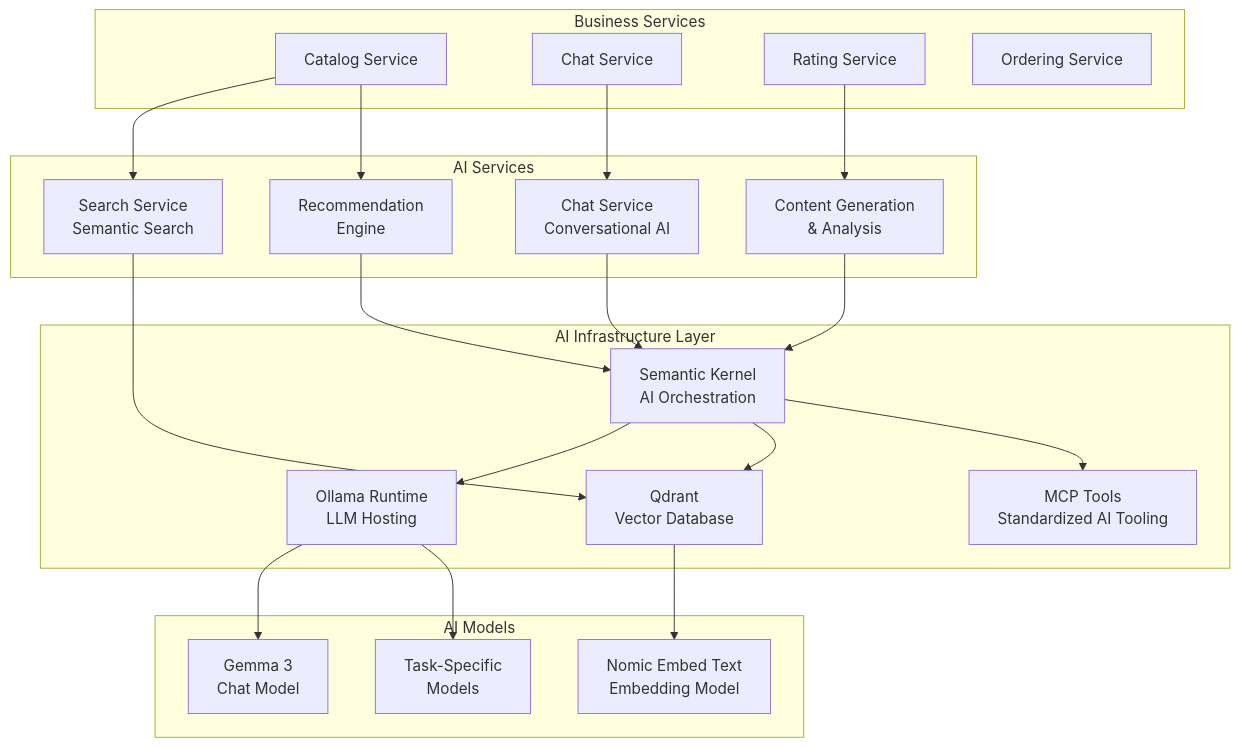
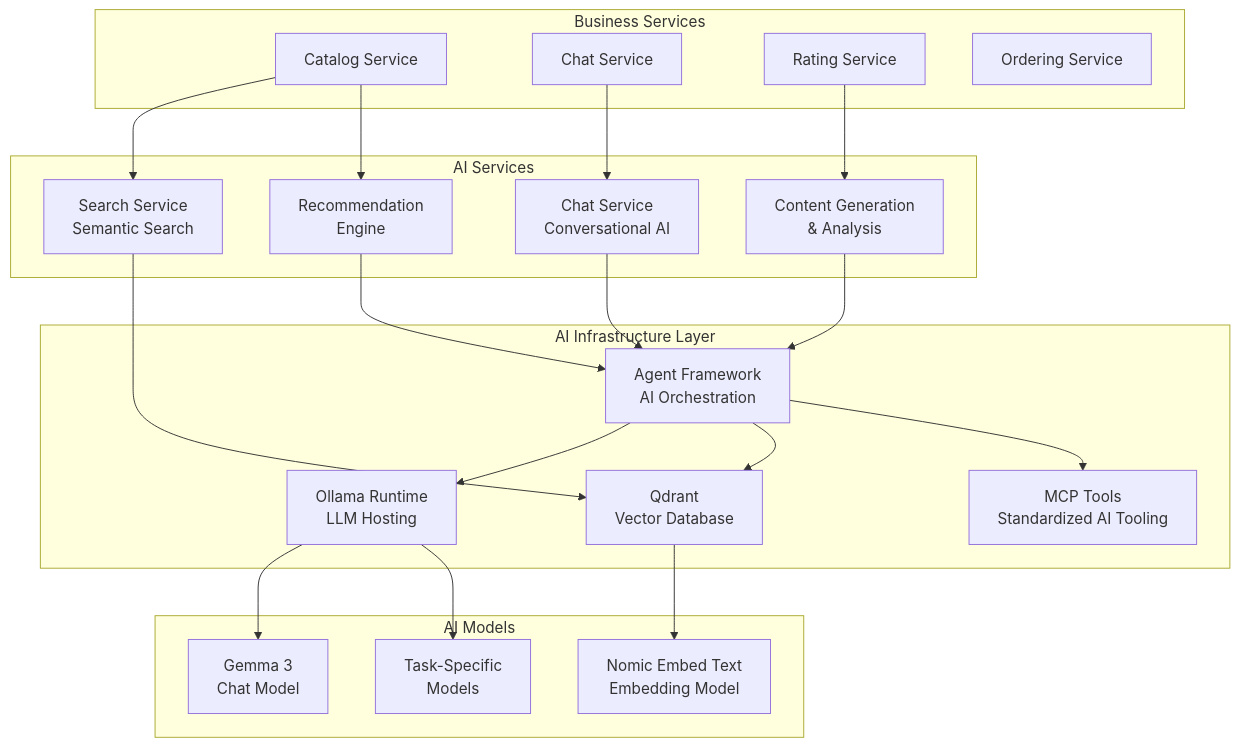
Before and after one commit to foxminchan/BookWorm: the diagram in docs/docusaurus/docs/09-architecture-decisions/adr-009-ai-integration.mdx, drawn with Mermaid. The commit also changed other lines of this file and 158 other files, not shown here.

Commit message:
refactor (#166): Migrate to Microsoft Agent Framework

````diff
--- a/docs/docusaurus/docs/09-architecture-decisions/adr-009-ai-integration.mdx
+++ b/docs/docusaurus/docs/09-architecture-decisions/adr-009-ai-integration.mdx
@@ -93,47 +93,47 @@
 ```mermaid
 graph TB
     subgraph "AI Infrastructure Layer"
         Ollama[Ollama Runtime<br/>LLM Hosting]
         Qdrant[Qdrant<br/>Vector Database]
-        SemanticKernel[Semantic Kernel<br/>AI Orchestration]
+        AgentFramework[Agent Framework<br/>AI Orchestration]
         MCPTools[MCP Tools<br/>Standardized AI Tooling]
     end
 
     subgraph "AI Models"
         Gemma3[Gemma 3<br/>Chat Model]
         NomicEmbed[Nomic Embed Text<br/>Embedding Model]
         CustomModels[Task-Specific<br/>Models]
     end
 
     subgraph "AI Services"
         ChatService[Chat Service<br/>Conversational AI]
         SearchService[Search Service<br/>Semantic Search]
         RecommendService[Recommendation<br/>Engine]
         ContentService[Content Generation<br/>& Analysis]
     end
 
     subgraph "Business Services"
         Catalog[Catalog Service]
         Chat[Chat Service]
         Rating[Rating Service]
         Ordering[Ordering Service]
     end
 
     Ollama --> Gemma3
     Ollama --> CustomModels
     Qdrant --> NomicEmbed
 
-    SemanticKernel --> Ollama
-    SemanticKernel --> Qdrant
-    SemanticKernel --> MCPTools
+    AgentFramework --> Ollama
+    AgentFramework --> Qdrant
+    AgentFramework --> MCPTools
 
-    ChatService --> SemanticKernel
+    ChatService --> AgentFramework
     SearchService --> Qdrant
-    RecommendService --> SemanticKernel
-    ContentService --> SemanticKernel
+    RecommendService --> AgentFramework
+    ContentService --> AgentFramework
 
     Chat --> ChatService
     Catalog --> SearchService
     Catalog --> RecommendService
     Rating --> ContentService
 ```
````
